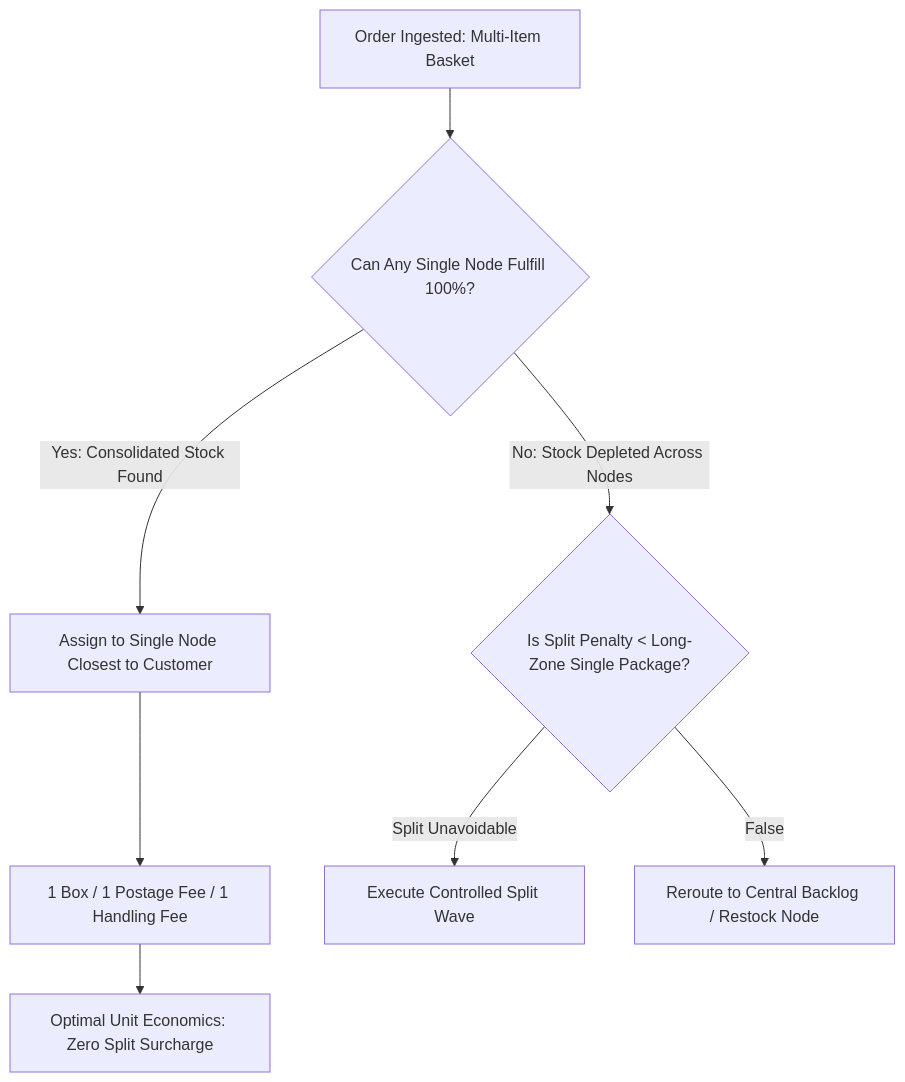
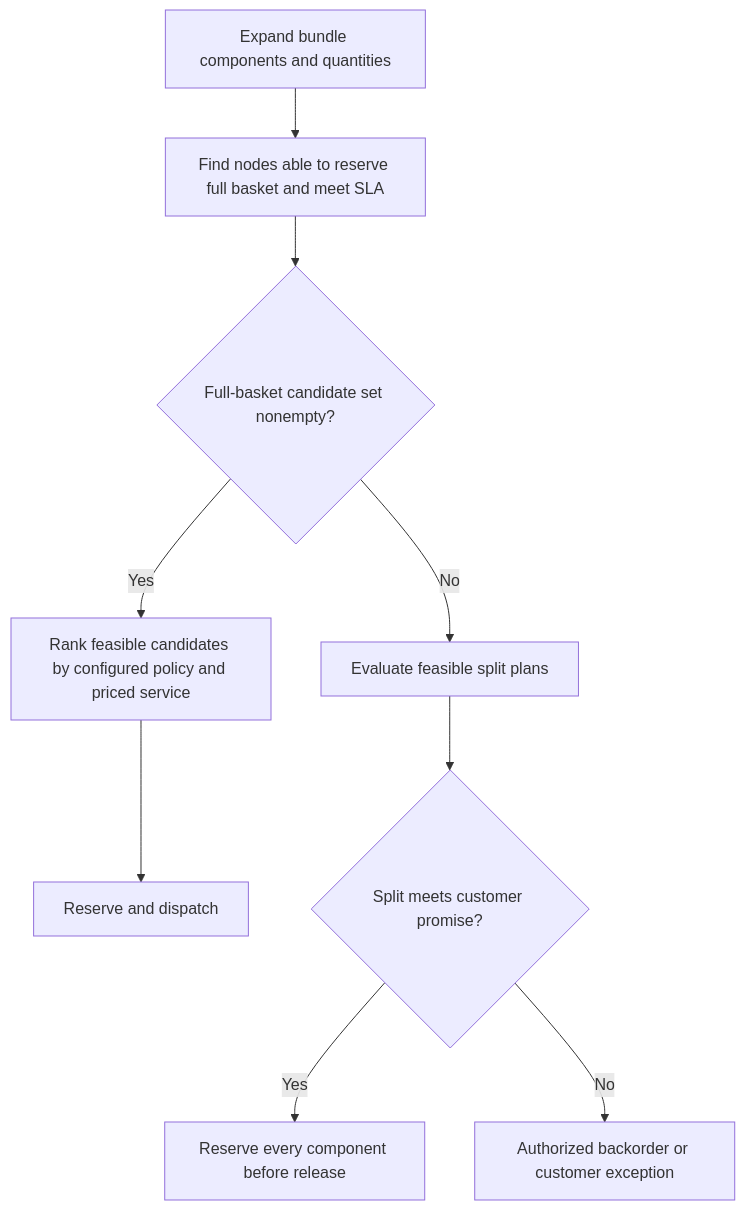
The diagram in domain-2-order-routing/MasterDossier-Domain2-MultiNodeLogisticsRouting.md (riovicsusas/portfolio), drawn with Mermaid before and after one commit. The commit also changed other lines of this file and 15 other files, not shown here.

````diff
--- a/domain-2-order-routing/MasterDossier-Domain2-MultiNodeLogisticsRouting.md
+++ b/domain-2-order-routing/MasterDossier-Domain2-MultiNodeLogisticsRouting.md
@@ -17,10 +40,11 @@
 ```mermaid
 flowchart TD
-    A[Order Ingested: Multi-Item Basket] --> B{Can Any Single Node Fulfill 100%?}
-    B -- Yes: Consolidated Stock Found --> C[Assign to Single Node Closest to Customer]
-    C --> D[1 Box / 1 Postage Fee / 1 Handling Fee]
-    D --> E[Optimal Unit Economics: Zero Split Surcharge]
-    B -- No: Stock Depleted Across Nodes --> F{Is Split Penalty < Long-Zone Single Package?}
-    F -- Split Unavoidable --> G[Execute Controlled Split Wave]
-    F -- False --> H[Reroute to Central Backlog / Restock Node]
+    A[Expand bundle components and quantities] --> B[Find nodes able to reserve full basket and meet SLA]
+    B --> C{Full-basket candidate set nonempty?}
+    C -->|Yes| D[Rank feasible candidates by configured policy and priced service]
+    D --> E[Reserve and dispatch]
+    C -->|No| F[Evaluate feasible split plans]
+    F --> G{Split meets customer promise?}
+    G -->|Yes| H[Reserve every component before release]
+    G -->|No| I[Authorized backorder or customer exception]
 ```
````
